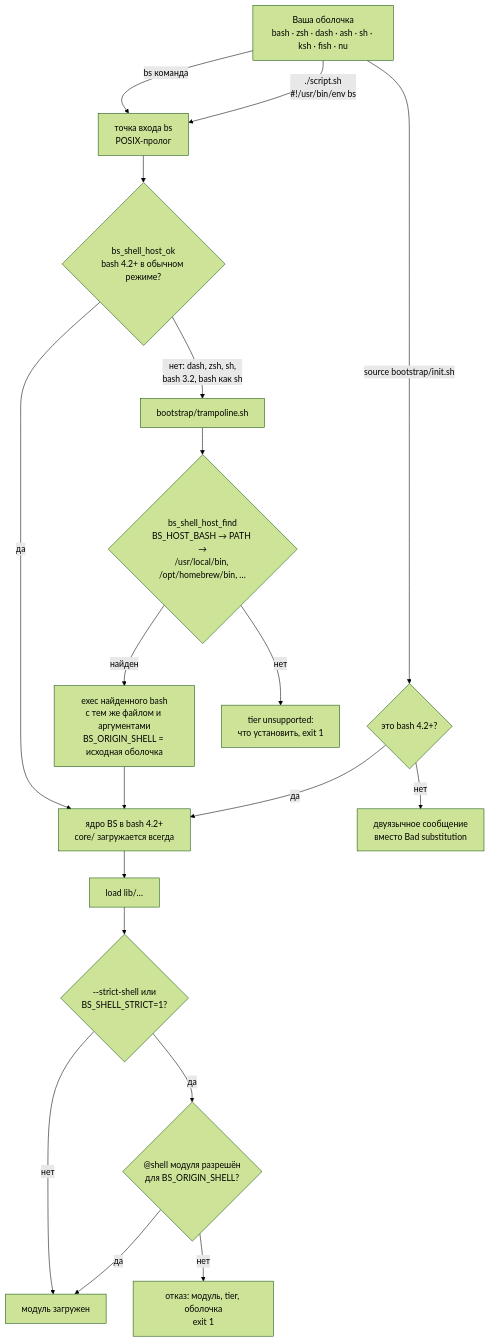
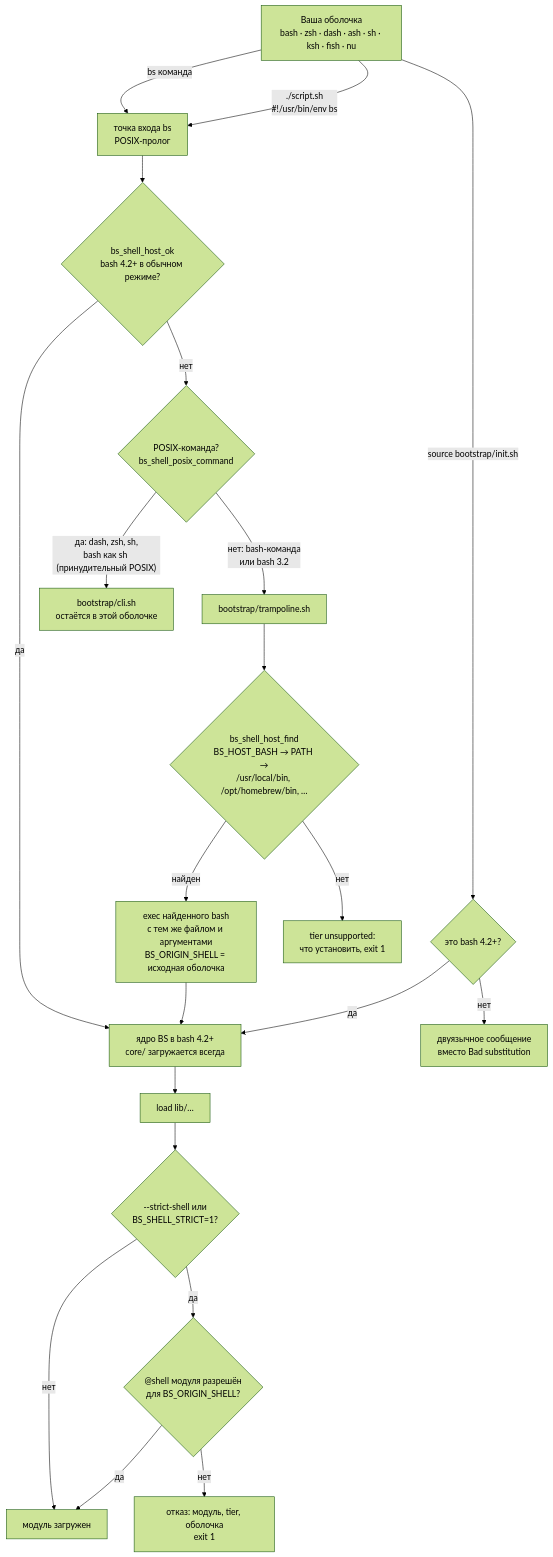
The first of 8 diagrams in documentation/ru/01-getting-started/README.md (Igormm/bs), drawn with Mermaid (forest theme) before and after one commit. The commit also changed other lines of this file and 38 other files, not shown here.

````diff
--- a/documentation/ru/01-getting-started/README.md
+++ b/documentation/ru/01-getting-started/README.md
@@ -190,22 +194,24 @@
 ```mermaid
 flowchart TD
     U["Ваша оболочка<br/>bash · zsh · dash · ash · sh · ksh · fish · nu"]
     U -->|"bs команда"| E
     U -->|"./script.sh<br/>#!/usr/bin/env bs"| E
     U -->|"source bootstrap/init.sh"| SRC{"это bash 4.2+?"}
     SRC -->|да| K
     SRC -->|нет| SRCX["двуязычное сообщение<br/>вместо Bad substitution"]
     E["точка входа bs<br/>POSIX-пролог"] --> OK{"bs_shell_host_ok<br/>bash 4.2+ в обычном режиме?"}
     OK -->|да| K
-    OK -->|"нет: dash, zsh, sh,<br/>bash 3.2, bash как sh"| T["bootstrap/trampoline.sh"]
+    OK -->|нет| P{"POSIX-команда?<br/>bs_shell_posix_command"}
+    P -->|"да: dash, zsh, sh,<br/>bash как sh (принудительный POSIX)"| PK["bootstrap/cli.sh<br/>остаётся в этой оболочке"]
+    P -->|"нет: bash-команда<br/>или bash 3.2"| T["bootstrap/trampoline.sh"]
     T --> F{"bs_shell_host_find<br/>BS_HOST_BASH → PATH →<br/>/usr/local/bin, /opt/homebrew/bin, …"}
     F -->|найден| X["exec найденного bash<br/>с тем же файлом и аргументами<br/>BS_ORIGIN_SHELL = исходная оболочка"]
     F -->|нет| N["tier unsupported:<br/>что установить, exit 1"]
     X --> K["ядро BS в bash 4.2+<br/>core/ загружается всегда"]
     K --> L["load lib/…"]
     L --> S{"--strict-shell или<br/>BS_SHELL_STRICT=1?"}
     S -->|нет| R["модуль загружен"]
     S -->|да| A{"@shell модуля разрешён<br/>для BS_ORIGIN_SHELL?"}
     A -->|да| R
     A -->|нет| D["отказ: модуль, tier, оболочка<br/>exit 1"]
 ```
````
